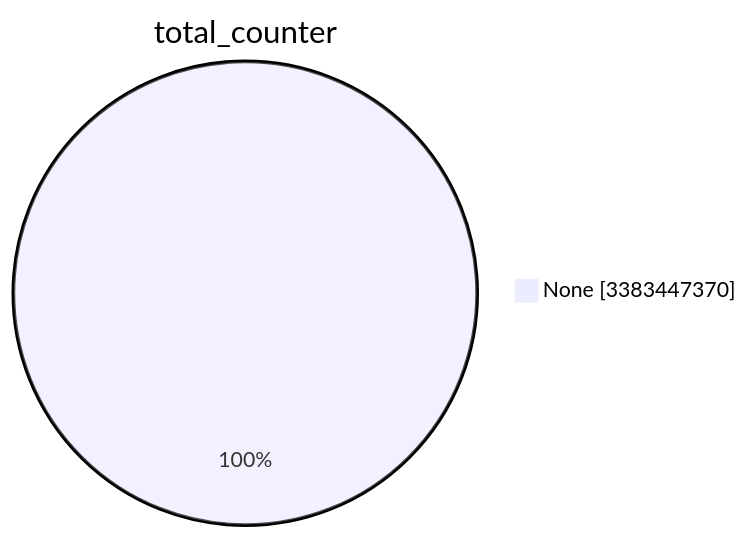
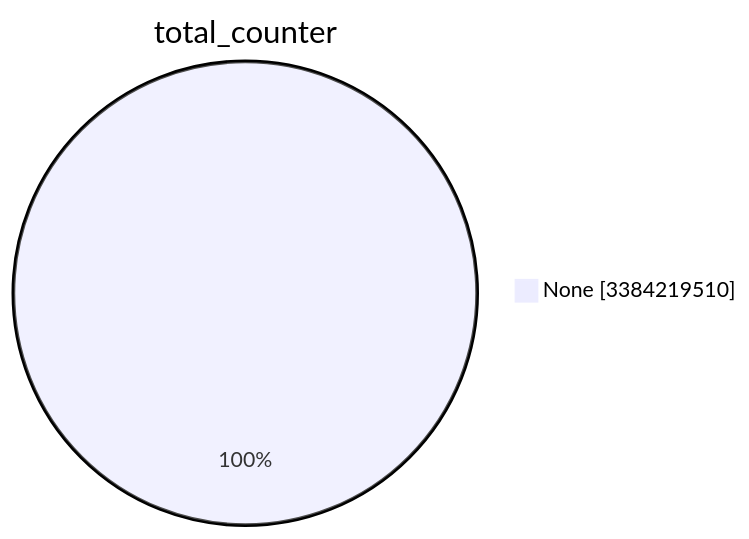
One commit to christiankrug/ctmonitor_visualization changed the first of 15 diagrams in TOTAL/README.md. Above: the diagram before and after it, drawn with Mermaid. The commit also changed other lines of this file, not shown here.

````diff
--- a/TOTAL/README.md
+++ b/TOTAL/README.md
@@ -1,5 +1,5 @@
 ```mermaid
 pie showData
 title total_counter
-"None" :3383447370
+"None" :3384219510
 ```
````
